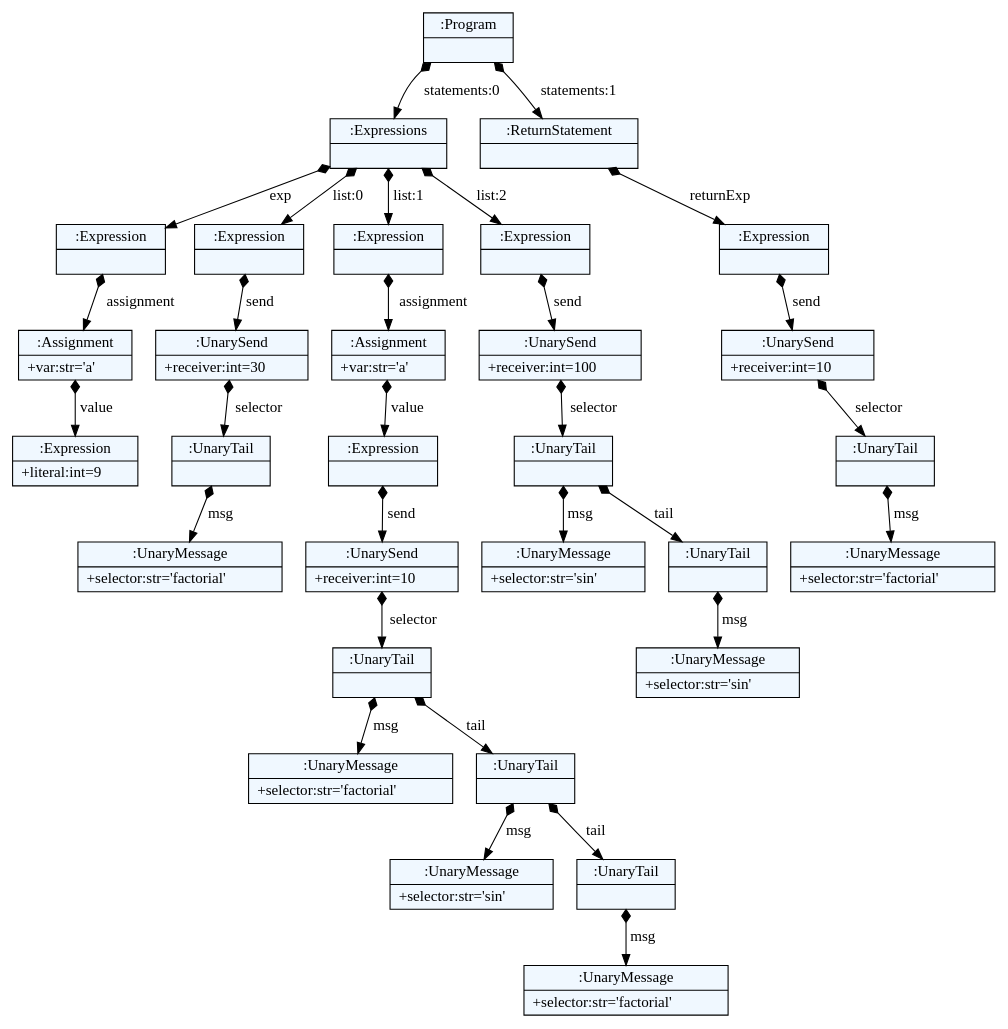
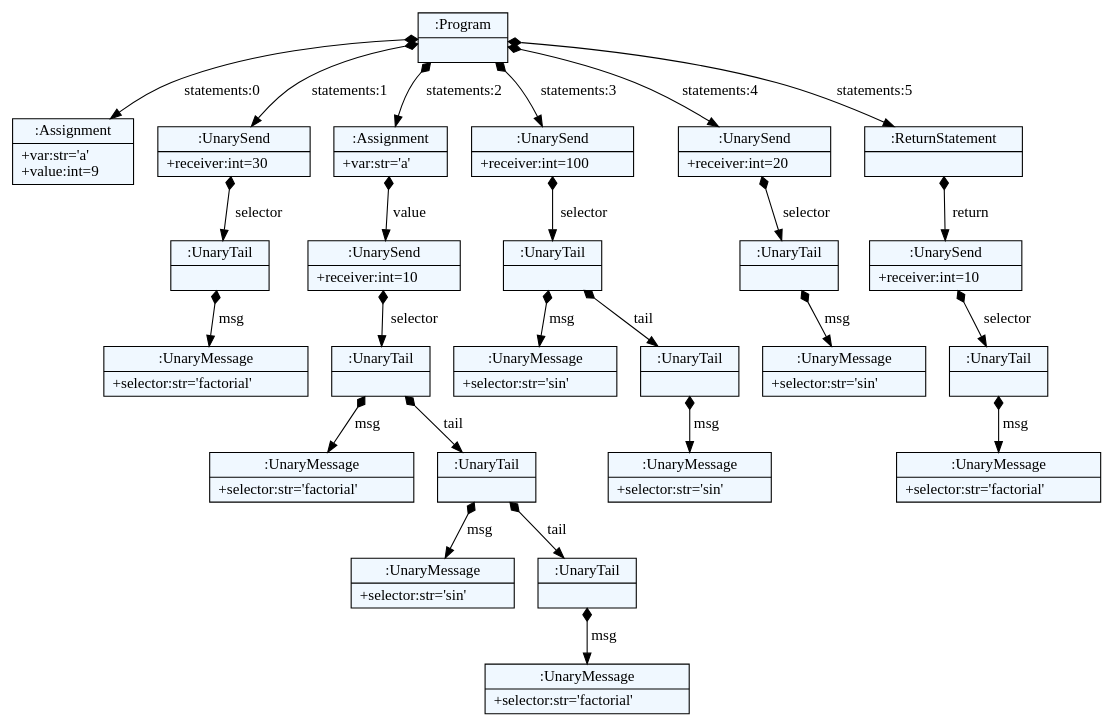
The diagram in parser/dot/complex_unary_msg.dot (spcnz/smalltalk-parser), drawn with Graphviz before and after one commit. The commit also changed 6093 other files, not shown here.

```diff
--- a/parser/dot/complex_unary_msg.dot
+++ b/parser/dot/complex_unary_msg.dot
@@ -1,74 +1,64 @@
 
     digraph textX {
     fontname = "Bitstream Vera Sans"
     fontsize = 8
     node[
         shape=record,
         style=filled,
         fillcolor=aliceblue
     ]
     nodesep = 0.3
     edge[dir=black,arrowtail=empty]
 
 
-2686652188152 -> 2686651843976 [label="statements:0" arrowtail=diamond dir=both]
-2686651843976 -> 2686682749192 [label="exp" arrowtail=diamond dir=both]
-2686682749192 -> 2686682749024 [label="assignment" arrowtail=diamond dir=both]
-2686682749024 -> 2686682749360 [label="value" arrowtail=diamond dir=both]
-2686682749360[label="{:Expression|+literal:int=9\l}"]
-2686682749024[label="{:Assignment|+var:str='a'\l}"]
-2686682749192[label="{:Expression|}"]
-2686651843976 -> 2686682749136 [label="list:0" arrowtail=diamond dir=both]
-2686682749136 -> 2686682749472 [label="send" arrowtail=diamond dir=both]
-2686682749472 -> 2686679963408 [label="selector" arrowtail=diamond dir=both]
-2686679963408 -> 2686679963352 [label="msg" arrowtail=diamond dir=both]
-2686679963352[label="{:UnaryMessage|+selector:str='factorial'\l}"]
-2686679963408[label="{:UnaryTail|}"]
-2686682749472[label="{:UnarySend|+receiver:int=30\l}"]
-2686682749136[label="{:Expression|}"]
-2686651843976 -> 2686682749080 [label="list:1" arrowtail=diamond dir=both]
-2686682749080 -> 2686679963688 [label="assignment" arrowtail=diamond dir=both]
-2686679963688 -> 2686679962344 [label="value" arrowtail=diamond dir=both]
-2686679962344 -> 2686679961672 [label="send" arrowtail=diamond dir=both]
-2686679961672 -> 2686679962120 [label="selector" arrowtail=diamond dir=both]
-2686679962120 -> 2686679962400 [label="msg" arrowtail=diamond dir=both]
-2686679962400[label="{:UnaryMessage|+selector:str='factorial'\l}"]
-2686679962120 -> 2686679962232 [label="tail" arrowtail=diamond dir=both]
-2686679962232 -> 2686679962792 [label="msg" arrowtail=diamond dir=both]
-2686679962792[label="{:UnaryMessage|+selector:str='sin'\l}"]
-2686679962232 -> 2686679963016 [label="tail" arrowtail=diamond dir=both]
-2686679963016 -> 2686679962736 [label="msg" arrowtail=diamond dir=both]
-2686679962736[label="{:UnaryMessage|+selector:str='factorial'\l}"]
-2686679963016[label="{:UnaryTail|}"]
-2686679962232[label="{:UnaryTail|}"]
-2686679962120[label="{:UnaryTail|}"]
-2686679961672[label="{:UnarySend|+receiver:int=10\l}"]
-2686679962344[label="{:Expression|}"]
-2686679963688[label="{:Assignment|+var:str='a'\l}"]
-2686682749080[label="{:Expression|}"]
-2686651843976 -> 2686682749528 [label="list:2" arrowtail=diamond dir=both]
-2686682749528 -> 2686679963520 [label="send" arrowtail=diamond dir=both]
-2686679963520 -> 2686679961896 [label="selector" arrowtail=diamond dir=both]
-2686679961896 -> 2686679962288 [label="msg" arrowtail=diamond dir=both]
-2686679962288[label="{:UnaryMessage|+selector:str='sin'\l}"]
-2686679961896 -> 2686679961728 [label="tail" arrowtail=diamond dir=both]
-2686679961728 -> 2686679962064 [label="msg" arrowtail=diamond dir=both]
-2686679962064[label="{:UnaryMessage|+selector:str='sin'\l}"]
-2686679961728[label="{:UnaryTail|}"]
-2686679961896[label="{:UnaryTail|}"]
-2686679963520[label="{:UnarySend|+receiver:int=100\l}"]
-2686682749528[label="{:Expression|}"]
-2686651843976[label="{:Expressions|}"]
-2686652188152 -> 2686682748968 [label="statements:1" arrowtail=diamond dir=both]
-2686682748968 -> 2686679963464 [label="returnExp" arrowtail=diamond dir=both]
-2686679963464 -> 2686679961952 [label="send" arrowtail=diamond dir=both]
-2686679961952 -> 2686679962624 [label="selector" arrowtail=diamond dir=both]
-2686679962624 -> 2686679963128 [label="msg" arrowtail=diamond dir=both]
-2686679963128[label="{:UnaryMessage|+selector:str='factorial'\l}"]
-2686679962624[label="{:UnaryTail|}"]
-2686679961952[label="{:UnarySend|+receiver:int=10\l}"]
-2686679963464[label="{:Expression|}"]
-2686682748968[label="{:ReturnStatement|}"]
-2686652188152[label="{:Program|}"]
+2614559054648 -> 2614531518984 [label="statements:0" arrowtail=diamond dir=both]
+2614531518984[label="{:Assignment|+var:str='a'\l+value:int=9\l}"]
+2614559054648 -> 2614583135312 [label="statements:1" arrowtail=diamond dir=both]
+2614583135312 -> 2614521568000 [label="selector" arrowtail=diamond dir=both]
+2614521568000 -> 2614521569064 [label="msg" arrowtail=diamond dir=both]
+2614521569064[label="{:UnaryMessage|+selector:str='factorial'\l}"]
+2614521568000[label="{:UnaryTail|}"]
+2614583135312[label="{:UnarySend|+receiver:int=30\l}"]
+2614559054648 -> 2614583136208 [label="statements:2" arrowtail=diamond dir=both]
+2614583136208 -> 2614521567552 [label="value" arrowtail=diamond dir=both]
+2614521567552 -> 2614519875792 [label="selector" arrowtail=diamond dir=both]
+2614519875792 -> 2614519874504 [label="msg" arrowtail=diamond dir=both]
+2614519874504[label="{:UnaryMessage|+selector:str='factorial'\l}"]
+2614519875792 -> 2614519874280 [label="tail" arrowtail=diamond dir=both]
+2614519874280 -> 2614519875680 [label="msg" arrowtail=diamond dir=both]
+2614519875680[label="{:UnaryMessage|+selector:str='sin'\l}"]
+2614519874280 -> 2614519876520 [label="tail" arrowtail=diamond dir=both]
+2614519876520 -> 2614519874952 [label="msg" arrowtail=diamond dir=both]
+2614519874952[label="{:UnaryMessage|+selector:str='factorial'\l}"]
+2614519876520[label="{:UnaryTail|}"]
+2614519874280[label="{:UnaryTail|}"]
+2614519875792[label="{:UnaryTail|}"]
+2614521567552[label="{:UnarySend|+receiver:int=10\l}"]
+2614583136208[label="{:Assignment|+var:str='a'\l}"]
+2614559054648 -> 2614521568896 [label="statements:3" arrowtail=diamond dir=both]
+2614521568896 -> 2614519874224 [label="selector" arrowtail=diamond dir=both]
+2614519874224 -> 2614519873944 [label="msg" arrowtail=diamond dir=both]
+2614519873944[label="{:UnaryMessage|+selector:str='sin'\l}"]
+2614519874224 -> 2614519876408 [label="tail" arrowtail=diamond dir=both]
+2614519876408 -> 2614519873608 [label="msg" arrowtail=diamond dir=both]
+2614519873608[label="{:UnaryMessage|+selector:str='sin'\l}"]
+2614519876408[label="{:UnaryTail|}"]
+2614519874224[label="{:UnaryTail|}"]
+2614521568896[label="{:UnarySend|+receiver:int=100\l}"]
+2614559054648 -> 2614519874560 [label="statements:4" arrowtail=diamond dir=both]
+2614519874560 -> 2614519876352 [label="selector" arrowtail=diamond dir=both]
+2614519876352 -> 2614519877584 [label="msg" arrowtail=diamond dir=both]
+2614519877584[label="{:UnaryMessage|+selector:str='sin'\l}"]
+2614519876352[label="{:UnaryTail|}"]
+2614519874560[label="{:UnarySend|+receiver:int=20\l}"]
+2614559054648 -> 2614519875232 [label="statements:5" arrowtail=diamond dir=both]
+2614519875232 -> 2614519877024 [label="return" arrowtail=diamond dir=both]
+2614519877024 -> 2614519875008 [label="selector" arrowtail=diamond dir=both]
+2614519875008 -> 2614519874616 [label="msg" arrowtail=diamond dir=both]
+2614519874616[label="{:UnaryMessage|+selector:str='factorial'\l}"]
+2614519875008[label="{:UnaryTail|}"]
+2614519877024[label="{:UnarySend|+receiver:int=10\l}"]
+2614519875232[label="{:ReturnStatement|}"]
+2614559054648[label="{:Program|}"]
 
 }
```
